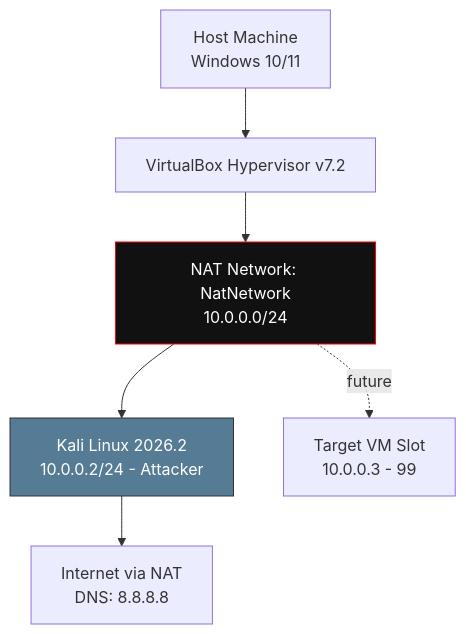
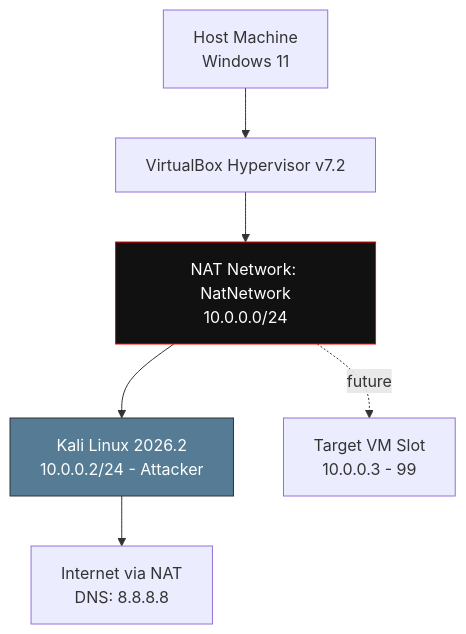
The diagram in README.md (pratyaychandra/NETWORKWALKS-B083F-WK1-PM1-CYBERSECURITY-LAB-SETUP), drawn with Mermaid before and after one commit.

Commit message:
README.md

````diff
--- a/README.md
+++ b/README.md
@@ -37,11 +37,11 @@
 ```mermaid
 graph TD
-    A[Host Machine<br/>Windows 10/11] --> B[VirtualBox Hypervisor v7.2]
+    A[Host Machine<br/>Windows 11] --> B[VirtualBox Hypervisor v7.2]
     B --> C[NAT Network: NatNetwork<br/>10.0.0.0/24]
     C --> D[Kali Linux 2026.2<br/>10.0.0.2/24 - Attacker]
     C -.future.-> E[Target VM Slot<br/>10.0.0.3 - 99]
     D --> F[Internet via NAT<br/>DNS: 8.8.8.8]
 
     style D fill:#557C94,stroke:#333,color:#fff
     style C fill:#111,stroke:#f00,color:#fff
 ```
````
